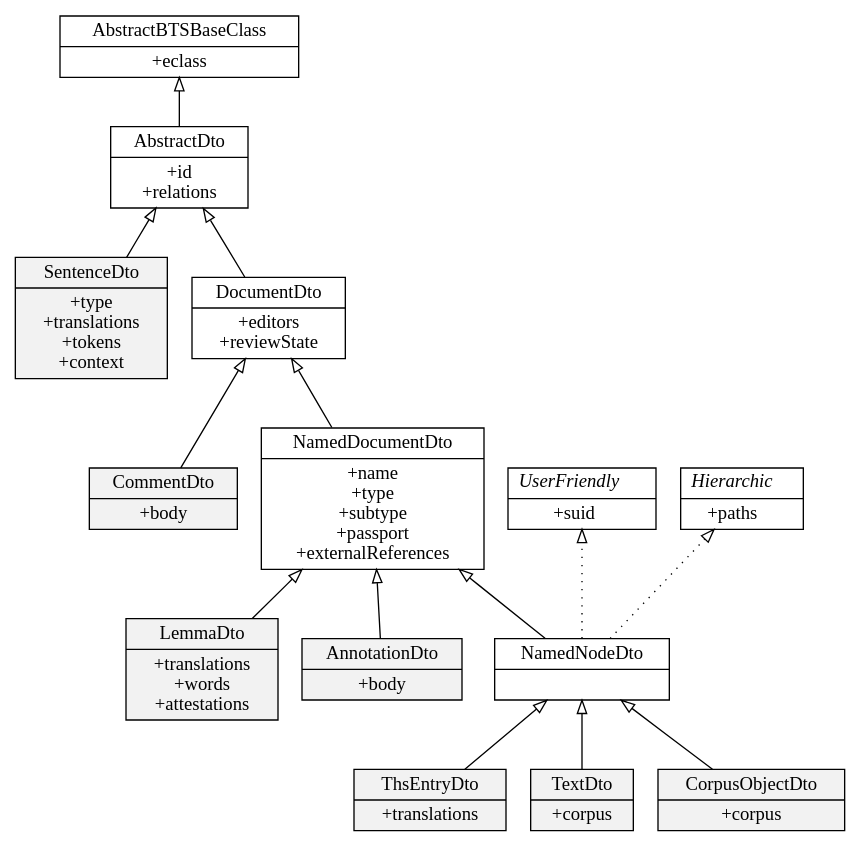
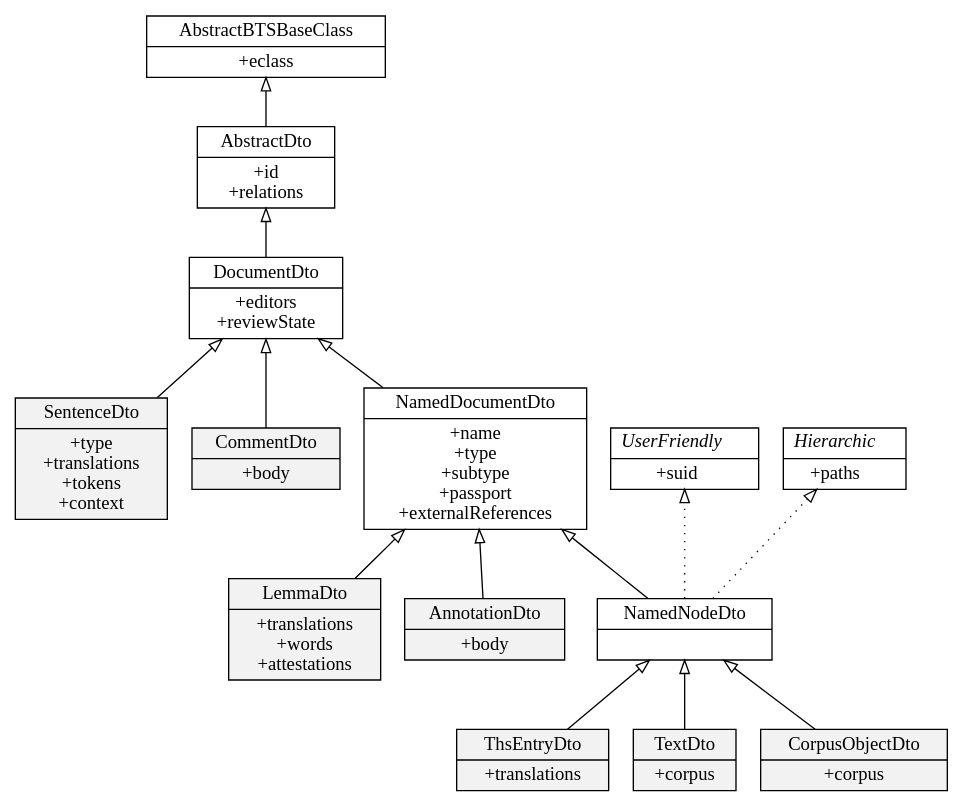
The diagram in src/main/doc/diagram.dot (thesaurus-linguae-aegyptiae/tla-common), drawn with Graphviz before and after one commit.

Commit message:
Update diagram.dot
sentence_related fixed by adjusting class model

```diff
--- a/src/main/doc/diagram.dot
+++ b/src/main/doc/diagram.dot
@@ -1,102 +1,102 @@
 digraph {
     rankdir = BT
 
     node [
         shape = record
     ]
 
     edge [
         arrowhead = empty
     ]
 
     i1 [
         label = <{<i>UserFriendly</i>|+suid}>
     ]
 
     i2 [
         label = <{<i>Hierarchic</i>|+paths}>
     ]
 
     a1 [
         label = "{AbstractBTSBaseClass|+eclass}"
     ]
 
     a2 [
         label = "{AbstractDto|+id\n+relations}"
     ]
 
     d [
         label = "{DocumentDto|+editors\n+reviewState}"
     ]
 
     sent [
         label = "{SentenceDto|+type\n+translations\n+tokens\n+context}"
         style = filled;
         fillcolor = gray95;
     ]
 
     nd [
         label = "{NamedDocumentDto|+name\n+type\n+subtype\n+passport\n+externalReferences}"
     ]
 
     nn [
         label = "{NamedNodeDto|}"
     ]
 
     ths [
         label = "{ThsEntryDto|+translations}"
         style = filled;
         fillcolor = gray95;
     ]
 
     text [
         label = "{TextDto|+corpus}"
         style = filled;
         fillcolor = gray95;
     ]
 
     tco [
         label = "{CorpusObjectDto|+corpus}"
         style = filled;
         fillcolor = gray95;
     ]
  
     lem [
         label = "{LemmaDto|+translations\n+words\n+attestations}"
         style = filled;
         fillcolor = gray95;
     ]
 
     ann [
         label = "{AnnotationDto|+body}"
         style = filled;
         fillcolor = gray95;
     ]
 
     cmt [
         label = "{CommentDto|+body}"
         style = filled;
         fillcolor = gray95;
     ]
 
     a2 -> a1;
     d -> a2;
-    sent -> a2;
+    sent -> d;
     nd -> d;
     cmt -> d;
     lem -> nd;
     ann -> nd;
     nn -> nd;
     ths -> nn;
     text -> nn;
     tco -> nn;
 
     edge [
         arrowhead = empty
         style = dotted
     ]
 
     nn -> i1;
     nn -> i2;
 
 }
```
